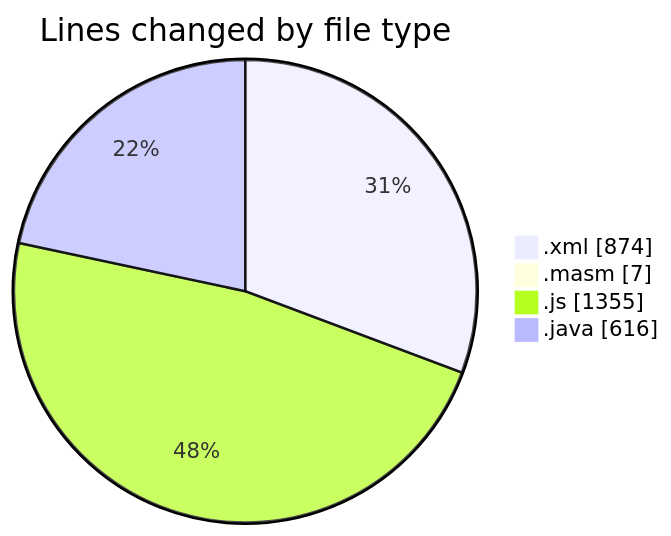
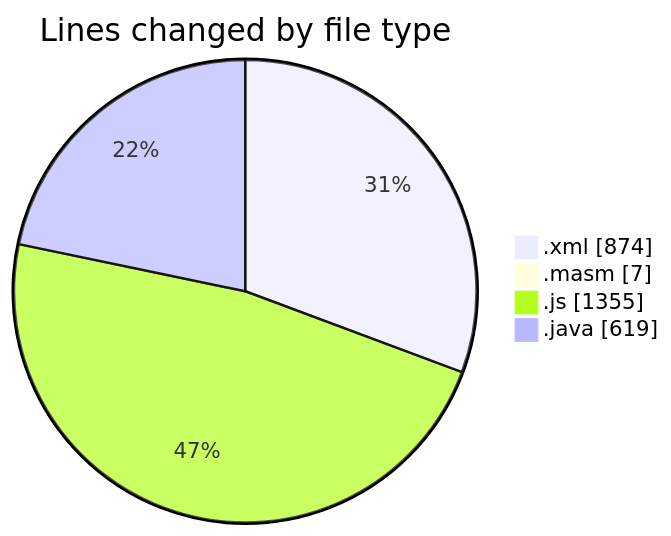
Before and after one commit to charlie-sans/code-tracking: the first of 2 diagrams in 2025-03-11/jmasm/README.md, drawn with Mermaid. The commit also changed other lines of this file and 1 other file, not shown here.

````diff
--- a/2025-03-11/jmasm/README.md
+++ b/2025-03-11/jmasm/README.md
@@ -26,8 +26,8 @@
 ```mermaid
 pie showData
 title Lines changed by file type
 ".xml" : 874
 ".masm" : 7
 ".js" : 1355
-".java" : 616
+".java" : 619
 ```
````
